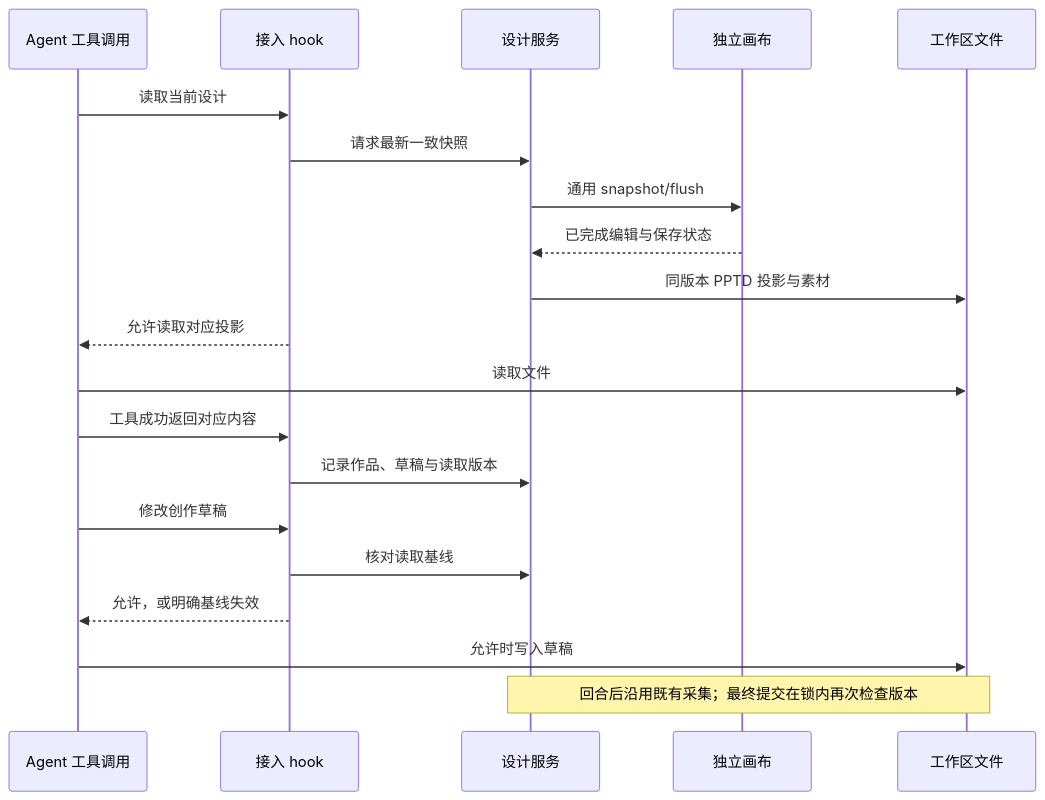
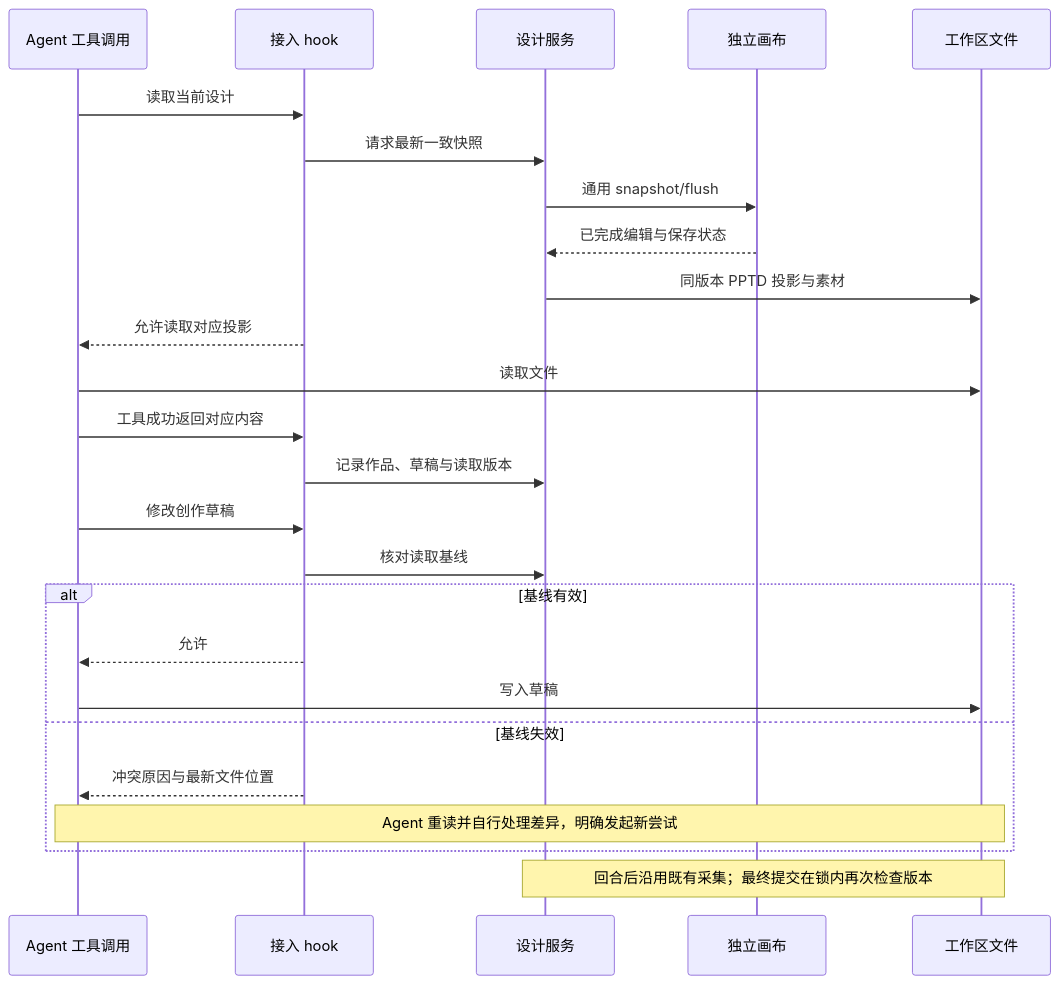
The diagram in .agents/notes/proposed/architecture/2026-09-10-design-sync-hooks.zh.md (LeonEthan/Folio), drawn with Mermaid before and after one commit. The commit also changed other lines of this file and 11 other files, not shown here.

````diff
--- a/.agents/notes/proposed/architecture/2026-09-10-design-sync-hooks.zh.md
+++ b/.agents/notes/proposed/architecture/2026-09-10-design-sync-hooks.zh.md
@@ -33,22 +37,27 @@
 ```mermaid
 sequenceDiagram
   participant A as Agent 工具调用
   participant H as 接入 hook
   participant S as 设计服务
   participant C as 独立画布
   participant W as 工作区文件
   A->>H: 读取当前设计
   H->>S: 请求最新一致快照
   S->>C: 通用 snapshot/flush
   C-->>S: 已完成编辑与保存状态
   S->>W: 同版本 PPTD 投影与素材
   H-->>A: 允许读取对应投影
   A->>W: 读取文件
   A->>H: 工具成功返回对应内容
   H->>S: 记录作品、草稿与读取版本
   A->>H: 修改创作草稿
   H->>S: 核对读取基线
-  H-->>A: 允许，或明确基线失效
-  A->>W: 允许时写入草稿
+  alt 基线有效
+    H-->>A: 允许
+    A->>W: 写入草稿
+  else 基线失效
+    H-->>A: 冲突原因与最新文件位置
+    Note over A,W: Agent 重读并自行处理差异，明确发起新尝试
+  end
   Note over S,W: 回合后沿用既有采集；最终提交在锁内再次检查版本
 ```
````
